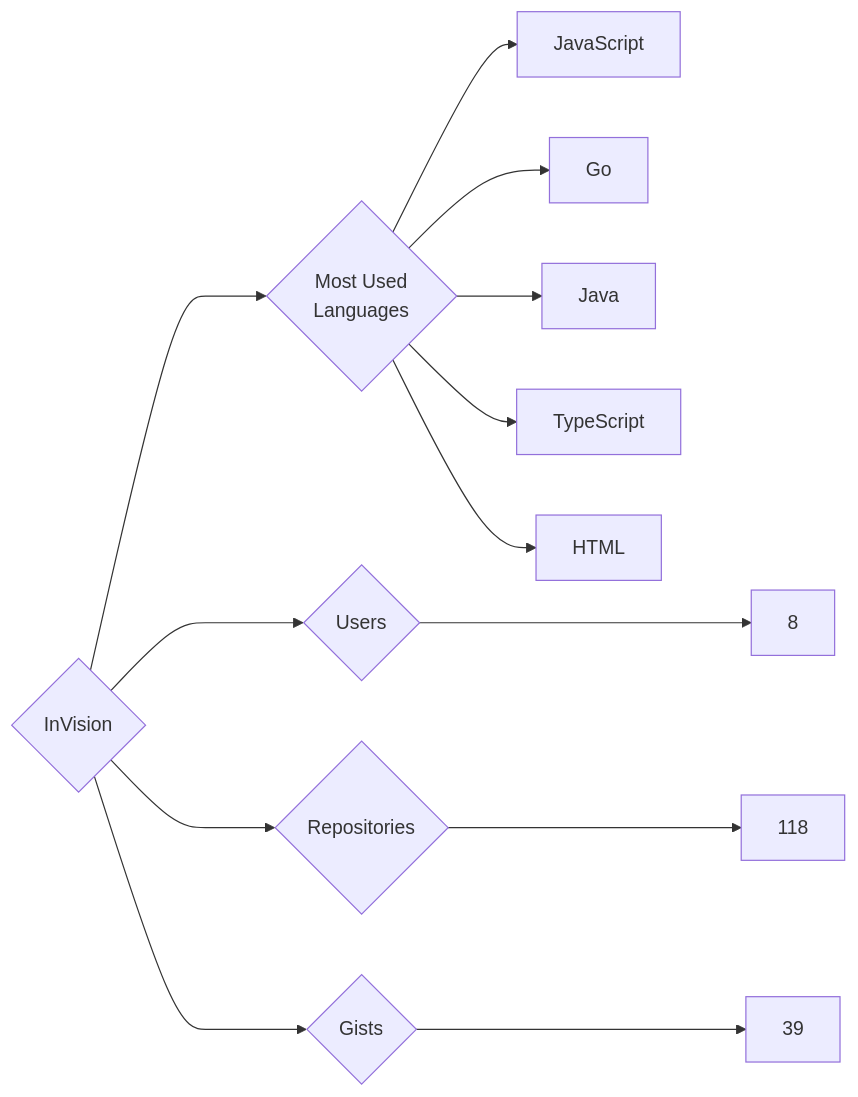
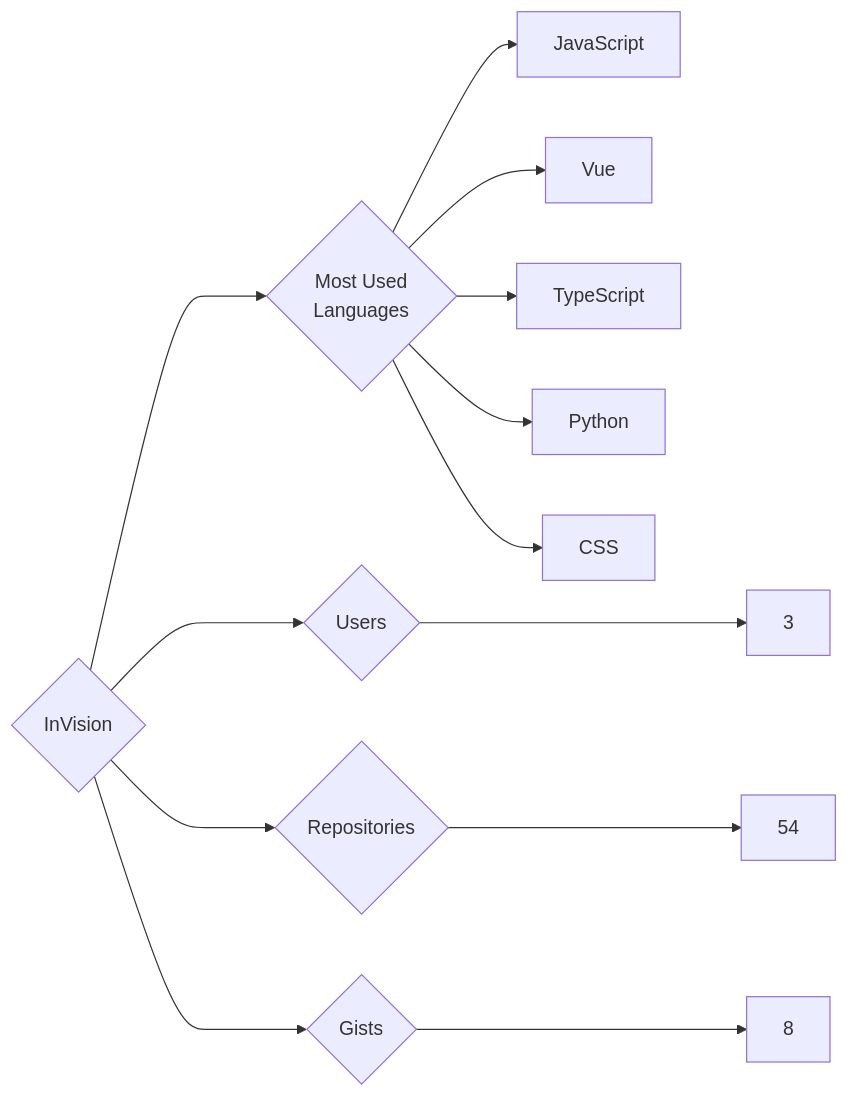
The diagram in targets/InVision/README.md (trickest/insiders), drawn with Mermaid before and after one commit. The commit also changed 912 other files, not shown here.

````diff
--- a/targets/InVision/README.md
+++ b/targets/InVision/README.md
@@ -3,13 +3,13 @@
 ```mermaid
 graph LR
 COMPANY_NAME{InVision}
-COMPANY_NAME ---> U{Users} ---> UN[8]
-COMPANY_NAME ---> R{Repositories} ---> RN[118]
-COMPANY_NAME ---> G{Gists} ---> GN[39]
+COMPANY_NAME ---> U{Users} ---> UN[3]
+COMPANY_NAME ---> R{Repositories} ---> RN[54]
+COMPANY_NAME ---> G{Gists} ---> GN[8]
 COMPANY_NAME ---> ML{Most Used<br>Languages}
 ML --> JavaScript[JavaScript]
-ML --> Go[Go]
-ML --> Java[Java]
+ML --> Vue[Vue]
 ML --> TypeScript[TypeScript]
-ML --> HTML[HTML]
+ML --> Python[Python]
+ML --> CSS[CSS]
 ```
````
